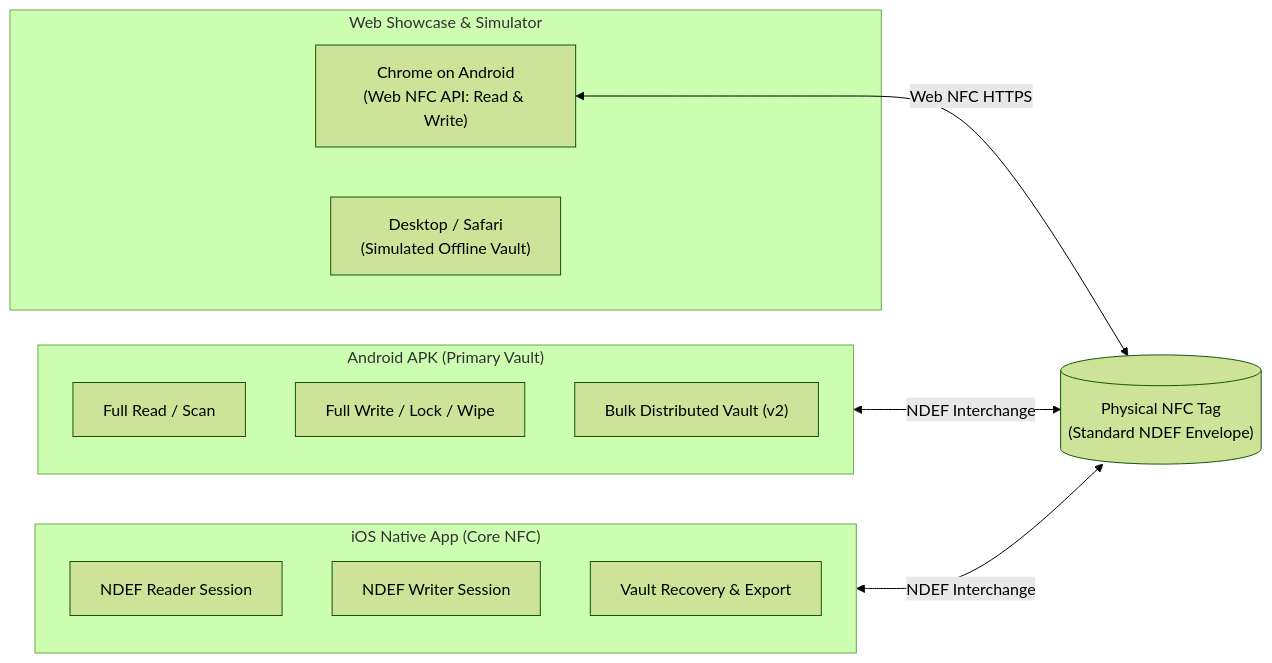
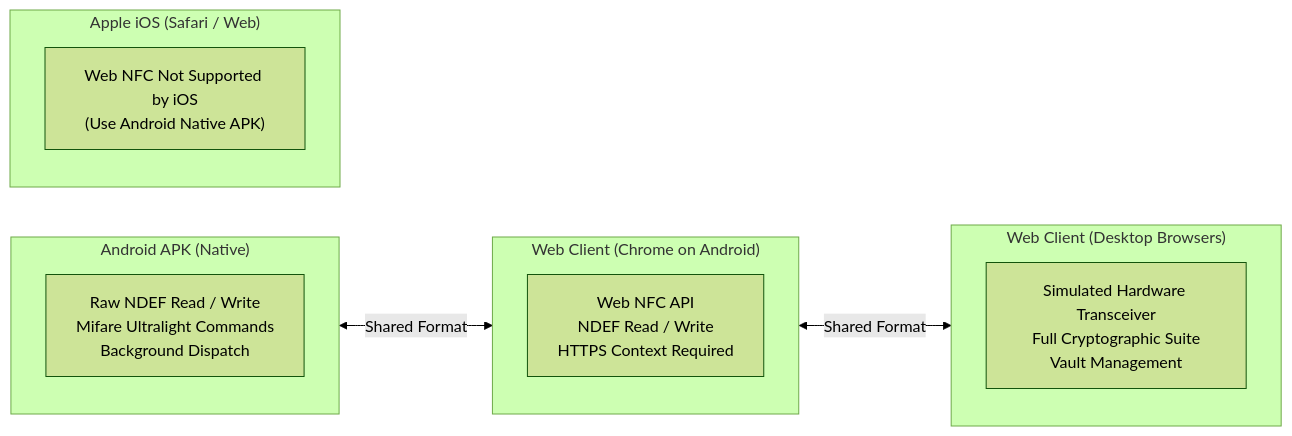
Before and after one commit to FROSTY-MUG/Ghost-Tag: the sixth of 6 diagrams in README.md, drawn with Mermaid (forest theme). The commit also changed other lines of this file and 20 other files, not shown here.

Commit message:
feat(web): finalize v2.0.5 web client with stop-pause controls, ambient visuals, and complete documentation suite

````diff
--- a/README.md
+++ b/README.md
@@ -354,25 +233,21 @@
 ```mermaid
 flowchart LR
-    Tag[("Physical NFC Tag<br/>(Standard NDEF Envelope)")]
-
-    subgraph Android["Android APK (Primary Vault)"]
-        A_Read["Full Read / Scan"]
-        A_Write["Full Write / Lock / Wipe"]
-        A_Bulk["Bulk Distributed Vault (v2)"]
+    subgraph AndroidNative["Android APK (Native)"]
+        FullNFC["Raw NDEF Read / Write<br/>Mifare Ultralight Commands<br/>Background Dispatch"]
     end
 
-    subgraph iOS["iOS Native App (Core NFC)"]
-        I_Read["NDEF Reader Session"]
-        I_Write["NDEF Writer Session"]
-        I_Vault["Vault Recovery & Export"]
+    subgraph WebChromeAndroid["Web Client (Chrome on Android)"]
+        WebNFC["Web NFC API<br/>NDEF Read / Write<br/>HTTPS Context Required"]
     end
 
-    subgraph Web["Web Showcase & Simulator"]
-        W_Chrome["Chrome on Android<br/>(Web NFC API: Read & Write)"]
-        W_Desktop["Desktop / Safari<br/>(Simulated Offline Vault)"]
+    subgraph WebDesktop["Web Client (Desktop Browsers)"]
+        SimMode["Simulated Hardware Transceiver<br/>Full Cryptographic Suite<br/>Vault Management"]
     end
 
-    Android <-->|NDEF Interchange| Tag
-    iOS <-->|NDEF Interchange| Tag
-    W_Chrome <-->|Web NFC HTTPS| Tag
+    subgraph AppleiOS["Apple iOS (Safari / Web)"]
+        NoWebNFC["Web NFC Not Supported by iOS<br/>(Use Android Native APK)"]
+    end
+
+    AndroidNative <-->|Shared Format| WebChromeAndroid
+    WebChromeAndroid <-->|Shared Format| WebDesktop
 ```
````
